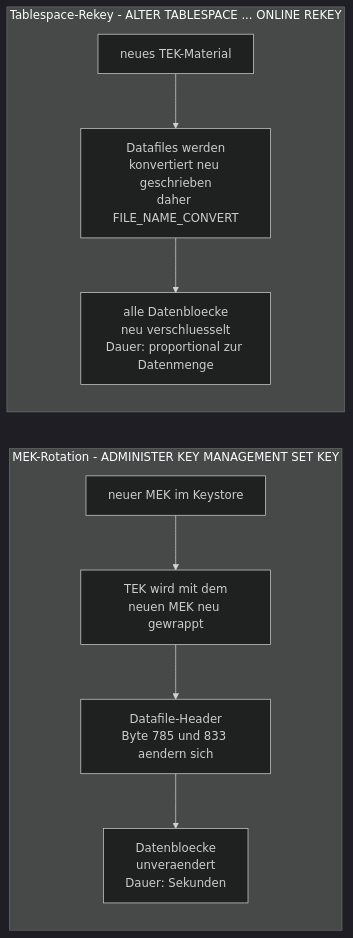
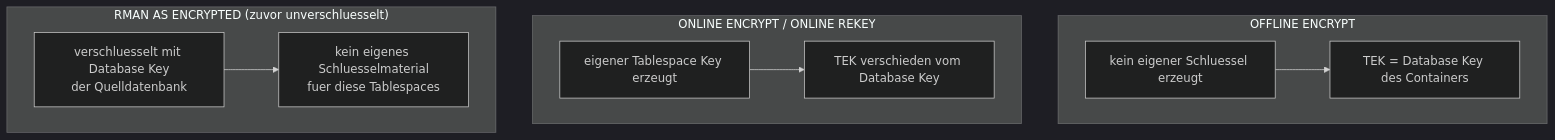
Before and after one commit to oehrlis/oracle-free-labs: the second of 8 diagrams in doc/tde-key-architecture.md, drawn with Mermaid (dark theme). The commit also changed other lines of this file and 1 other file, not shown here.

First line of the commit message:
docs(tde): rewrite key architecture doc with measured dependency model

````diff
--- a/doc/tde-key-architecture.md
+++ b/doc/tde-key-architecture.md
@@ -50,13 +73,20 @@
 ```mermaid
-flowchart LR
-    subgraph ROT["MEK-Rotation - ADMINISTER KEY MANAGEMENT SET KEY"]
-        R1["neuer MEK im Keystore"] --> R2["TEK wird mit dem<br/>neuen MEK neu gewrappt"]
-        R2 --> R3["Datafile-Header<br/>Byte 785 und 833 aendern sich"]
-        R3 --> R4["Datenbloecke<br/>unveraendert<br/>Dauer: Sekunden"]
+flowchart TB
+    subgraph OFL["OFFLINE ENCRYPT"]
+        OF1["kein eigener Schluessel erzeugt"]
+        OF2["TEK = Database Key des Containers"]
+        OF1 --> OF2
     end
 
-    subgraph REK["Tablespace-Rekey - ALTER TABLESPACE ... ONLINE REKEY"]
-        K1["neues TEK-Material"] --> K2["Datafiles werden<br/>konvertiert neu geschrieben<br/>daher FILE_NAME_CONVERT"]
-        K2 --> K3["alle Datenbloecke<br/>neu verschluesselt<br/>Dauer: proportional zur Datenmenge"]
+    subgraph ONL["ONLINE ENCRYPT / ONLINE REKEY"]
+        ON1["eigener Tablespace Key erzeugt"]
+        ON2["TEK verschieden vom Database Key"]
+        ON1 --> ON2
+    end
+
+    subgraph RMN["RMAN AS ENCRYPTED (zuvor unverschluesselt)"]
+        RM1["verschluesselt mit Database Key<br/>der Quelldatenbank"]
+        RM2["kein eigenes Schluesselmaterial<br/>fuer diese Tablespaces"]
+        RM1 --> RM2
     end
 ```
````
